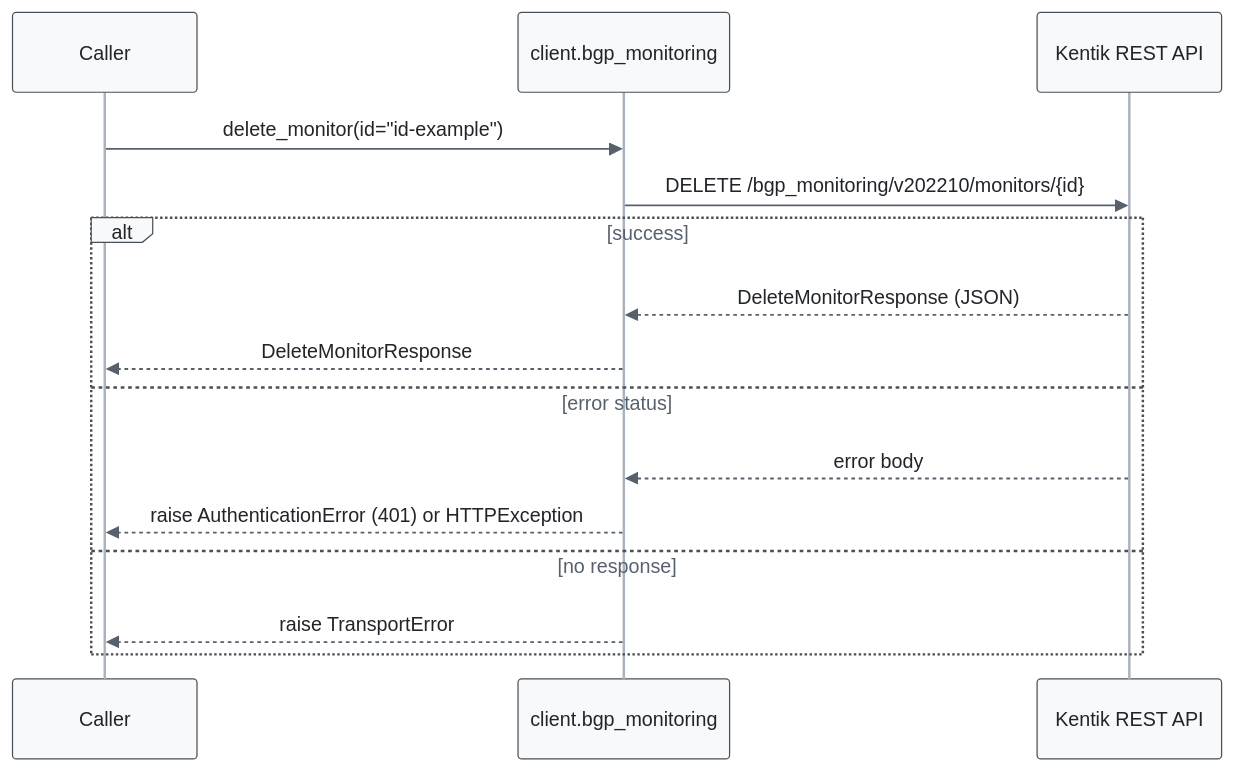
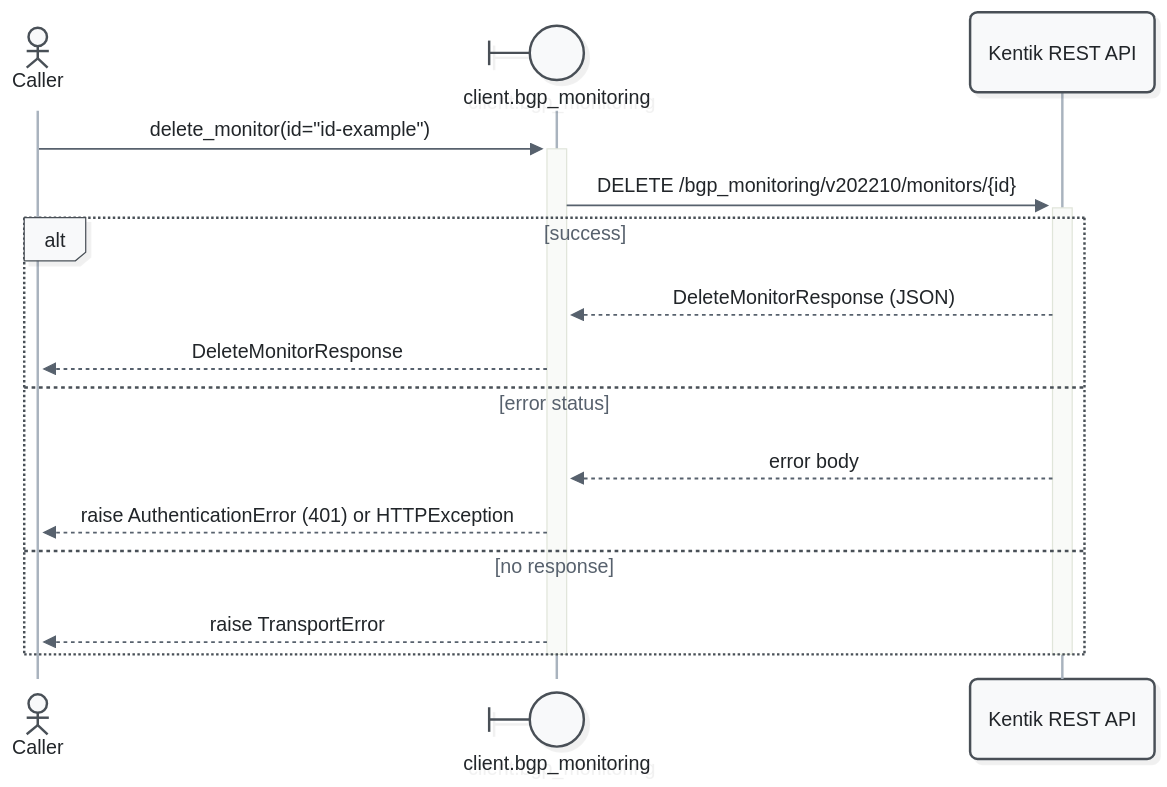
Diagram 13 of 17 in docs/sphinx/services/bgp_monitoring.md (alexdearaujo/community_sdk_python), drawn with Mermaid before and after one commit. The commit also changed other lines of this file and 52 other files, not shown here.

First line of the commit message:
docs: Mermaid 12 sequence diagrams with participant types and path colors

````diff
--- a/docs/sphinx/services/bgp_monitoring.md
+++ b/docs/sphinx/services/bgp_monitoring.md
@@ -503,19 +533,21 @@
 ```mermaid
-%%{init: {"theme": "base", "fontFamily": "ui-monospace, SFMono-Regular, Menlo, monospace", "themeVariables": {"fontFamily": "ui-monospace, SFMono-Regular, Menlo, monospace", "primaryColor": "#f8f9fa", "primaryBorderColor": "#495057", "primaryTextColor": "#212529", "textColor": "#212529", "lineColor": "#77818c", "edgeLabelBackground": "#ffffff", "actorBkg": "#f8f9fa", "actorBorder": "#495057", "actorTextColor": "#212529", "actorLineColor": "#a9b3be", "signalColor": "#57616d", "signalTextColor": "#212529", "labelBoxBkgColor": "#f8f9fa", "labelBoxBorderColor": "#495057", "labelTextColor": "#212529", "loopTextColor": "#57616d", "noteBkgColor": "#fff9db", "noteBorderColor": "#f08c00", "noteTextColor": "#a35a00"}, "flowchart": {"curve": "step", "nodeSpacing": 30, "rankSpacing": 70, "wrappingWidth": 400}}}%%
+%%{init: {"theme": "redux", "look": "neo", "layout": "dagre", "fontFamily": "ui-monospace, SFMono-Regular, Menlo, monospace", "themeVariables": {"fontFamily": "ui-monospace, SFMono-Regular, Menlo, monospace", "primaryColor": "#f8f9fa", "primaryBorderColor": "#495057", "primaryTextColor": "#212529", "textColor": "#212529", "lineColor": "#77818c", "edgeLabelBackground": "#ffffff", "actorBkg": "#f8f9fa", "actorBorder": "#495057", "actorTextColor": "#212529", "actorLineColor": "#a9b3be", "signalColor": "#57616d", "signalTextColor": "#212529", "labelBoxBkgColor": "#f8f9fa", "labelBoxBorderColor": "#495057", "labelTextColor": "#212529", "loopTextColor": "#57616d", "noteBkgColor": "#fff9db", "noteBorderColor": "#f08c00", "noteTextColor": "#a35a00"}, "sequence": {"activationWidth": 16}, "flowchart": {"curve": "step", "nodeSpacing": 30, "rankSpacing": 70, "wrappingWidth": 400}}}%%
 sequenceDiagram
-    participant C as Caller
-    participant W as client.bgp_monitoring
+    actor C as Caller
+    participant W@{ "type": "boundary" } as client.bgp_monitoring
     participant API as Kentik REST API
 
-    C->>W: delete_monitor(id="id-example")
-    W->>API: DELETE /bgp_monitoring/v202210/monitors/{id}
+    C->>+W: delete_monitor(id="id-example")
+    W->>+API: DELETE /bgp_monitoring/v202210/monitors/{id}
     alt success
         API-->>W: DeleteMonitorResponse (JSON)
         W-->>C: DeleteMonitorResponse
     else error status
         API-->>W: error body
         W-->>C: raise AuthenticationError (401) or HTTPException
     else no response
         W-->>C: raise TransportError
     end
+    deactivate API
+    deactivate W
 ```
````
